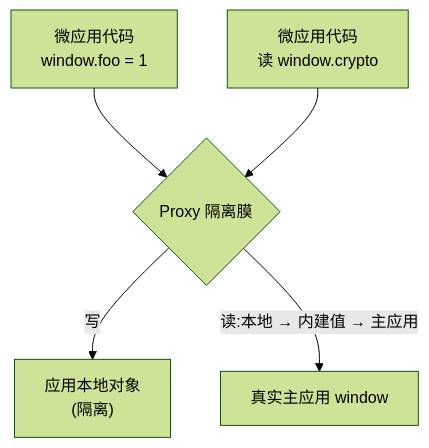
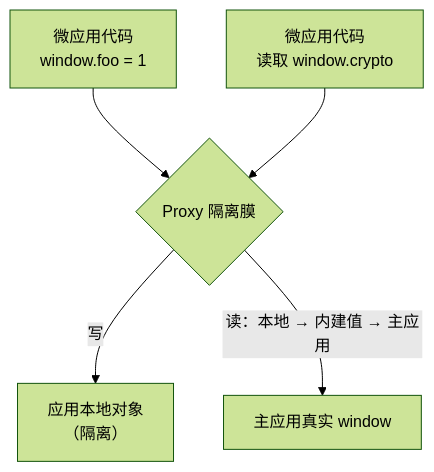
One commit to umijs/qiankun changed the diagram in docs/zh-CN/internals/js-sandbox.md. Above: the diagram before and after it, drawn with Mermaid (forest theme). The commit also changed other lines of this file and 66 other files, not shown here.

````diff
--- a/docs/zh-CN/internals/js-sandbox.md
+++ b/docs/zh-CN/internals/js-sandbox.md
@@ -18,7 +17,7 @@
 ```mermaid
 flowchart TD
   A["微应用代码<br/>window.foo = 1"] --> P{"Proxy 隔离膜"}
-  P -->|写| L["应用本地对象<br/>(隔离)"]
-  R["微应用代码<br/>读 window.crypto"] --> P
-  P -->|"读:本地 → 内建值 → 主应用"| H["真实主应用 window"]
+  P -->|写| L["应用本地对象<br/>（隔离）"]
+  R["微应用代码<br/>读取 window.crypto"] --> P
+  P -->|"读：本地 → 内建值 → 主应用"| H["主应用真实 window"]
 ```
````
